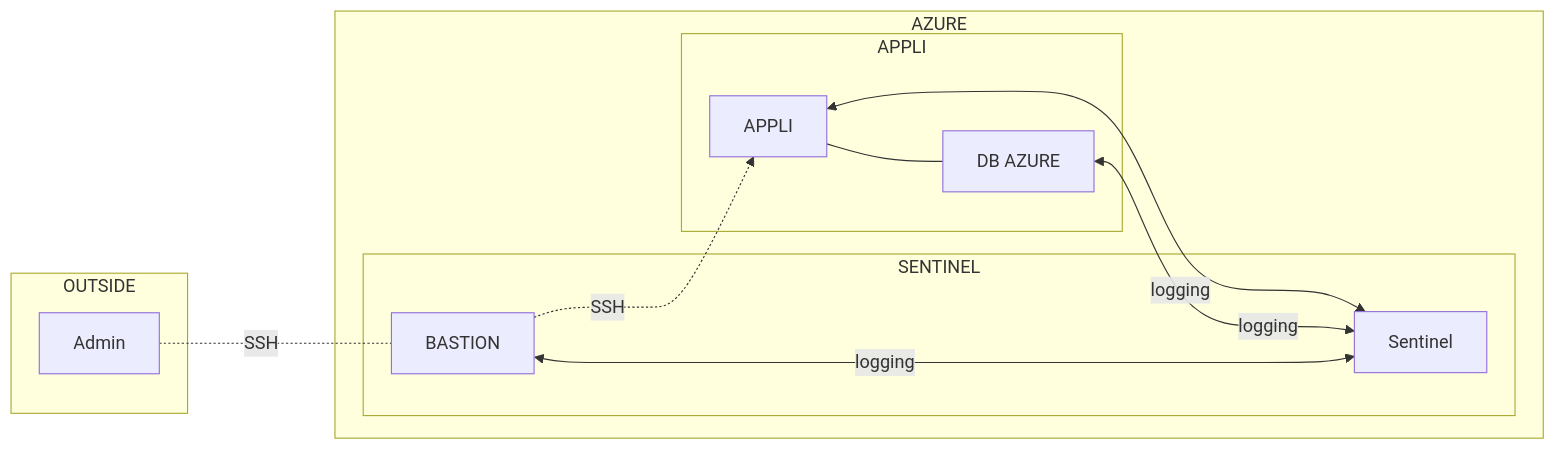
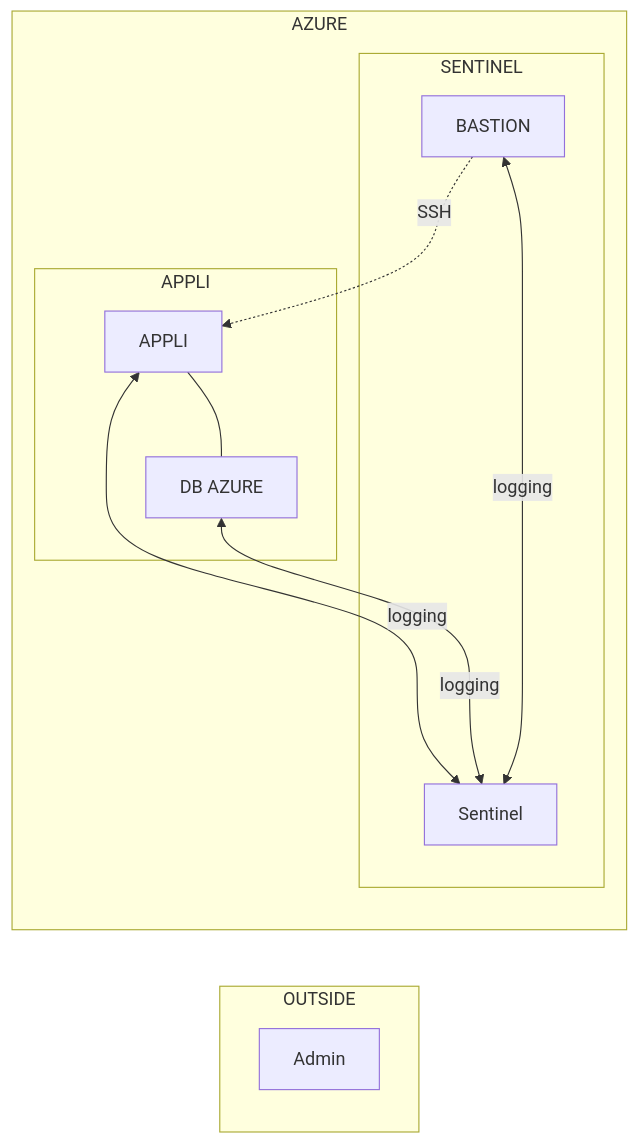
Before and after one commit to b-quentin/simplon_brief3: the diagram in DOC/shema_alain.md, drawn with Mermaid.

Commit message:
changed arrow size

````diff
--- a/DOC/shema_alain.md
+++ b/DOC/shema_alain.md
@@ -1,22 +1,21 @@
 ```mermaid
 flowchart LR
 subgraph OUTSIDE
 A[Admin]
 end
-A -. SSH-..- B
 subgraph AZURE
     B[BASTION]
-    B-.SSH-..->C
+    B-.SSH-.->C
     C---D
     subgraph APPLI
     C[APPLI]
     D[DB AZURE]
     end
     subgraph SENTINEL
         E[Sentinel]
         C <-- logging --->E
         D <-- logging --->E
         B <-- logging --->E
     end
 end
 ```
````
